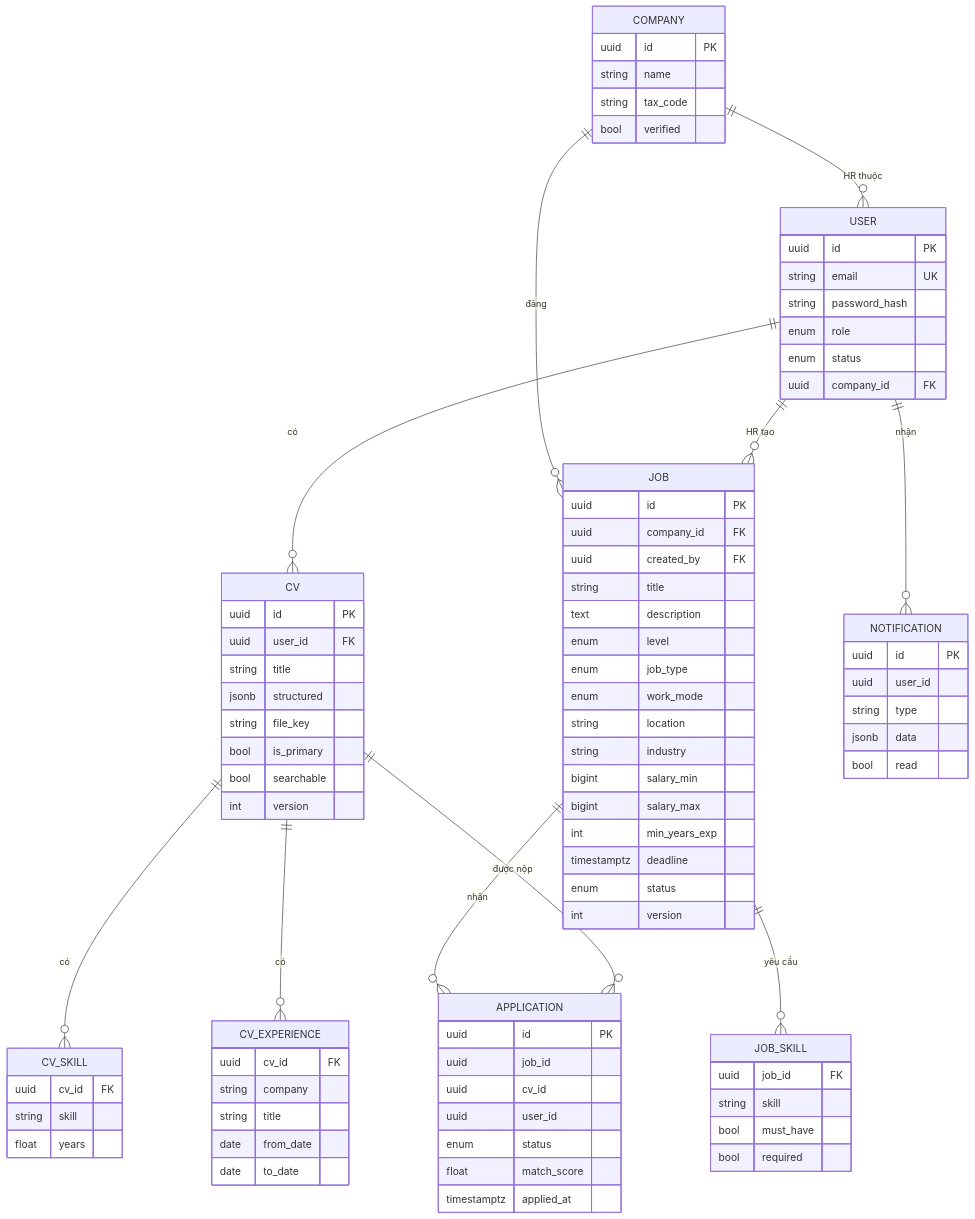
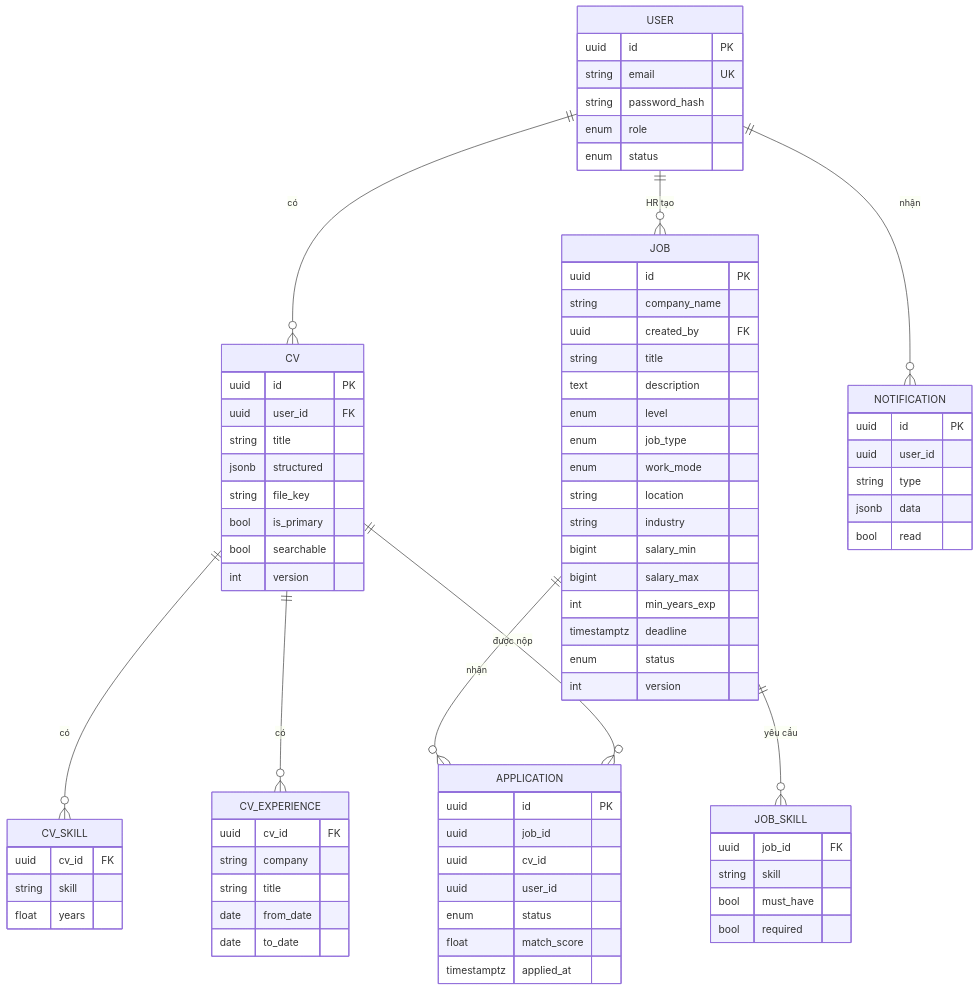
One commit to nblfrommars/SmartHR_TalentMatch changed the eighth of 9 diagrams in ARCHITECTURE.md. Above: the diagram before and after it, drawn with Mermaid. The commit also changed other lines of this file and 9 other files, not shown here.

Commit message:
reject companyId, keep only companyName

````diff
--- a/ARCHITECTURE.md
+++ b/ARCHITECTURE.md
@@ -566,72 +566,65 @@
 ```mermaid
 erDiagram
-    COMPANY ||--o{ USER : "HR thuộc"
     USER ||--o{ CV : "có"
-    COMPANY ||--o{ JOB : "đăng"
     USER ||--o{ JOB : "HR tạo"
     JOB ||--o{ JOB_SKILL : "yêu cầu"
     CV ||--o{ CV_SKILL : "có"
     CV ||--o{ CV_EXPERIENCE : "có"
     JOB ||--o{ APPLICATION : "nhận"
     CV ||--o{ APPLICATION : "được nộp"
     USER ||--o{ NOTIFICATION : "nhận"
 
     USER { uuid id PK
            string email UK
            string password_hash
            enum role
-           enum status
-           uuid company_id FK }
-    COMPANY { uuid id PK
-              string name
-              string tax_code
-              bool verified }
+           enum status }
     JOB { uuid id PK
-          uuid company_id FK
+          string company_name
           uuid created_by FK
           string title
           text description
           enum level
           enum job_type
           enum work_mode
           string location
           string industry
           bigint salary_min
           bigint salary_max
           int min_years_exp
           timestamptz deadline
           enum status
           int version }
     JOB_SKILL { uuid job_id FK
                 string skill
                 bool must_have
                 bool required }
     CV { uuid id PK
          uuid user_id FK
          string title
          jsonb structured
          string file_key
          bool is_primary
          bool searchable
          int version }
     CV_SKILL { uuid cv_id FK
                string skill
                float years }
     CV_EXPERIENCE { uuid cv_id FK
                     string company
                     string title
                     date from_date
                     date to_date }
     APPLICATION { uuid id PK
                   uuid job_id
                   uuid cv_id
                   uuid user_id
                   enum status
                   float match_score
                   timestamptz applied_at }
     NOTIFICATION { uuid id PK
                    uuid user_id
                    string type
                    jsonb data
                    bool read }
 ```
````
